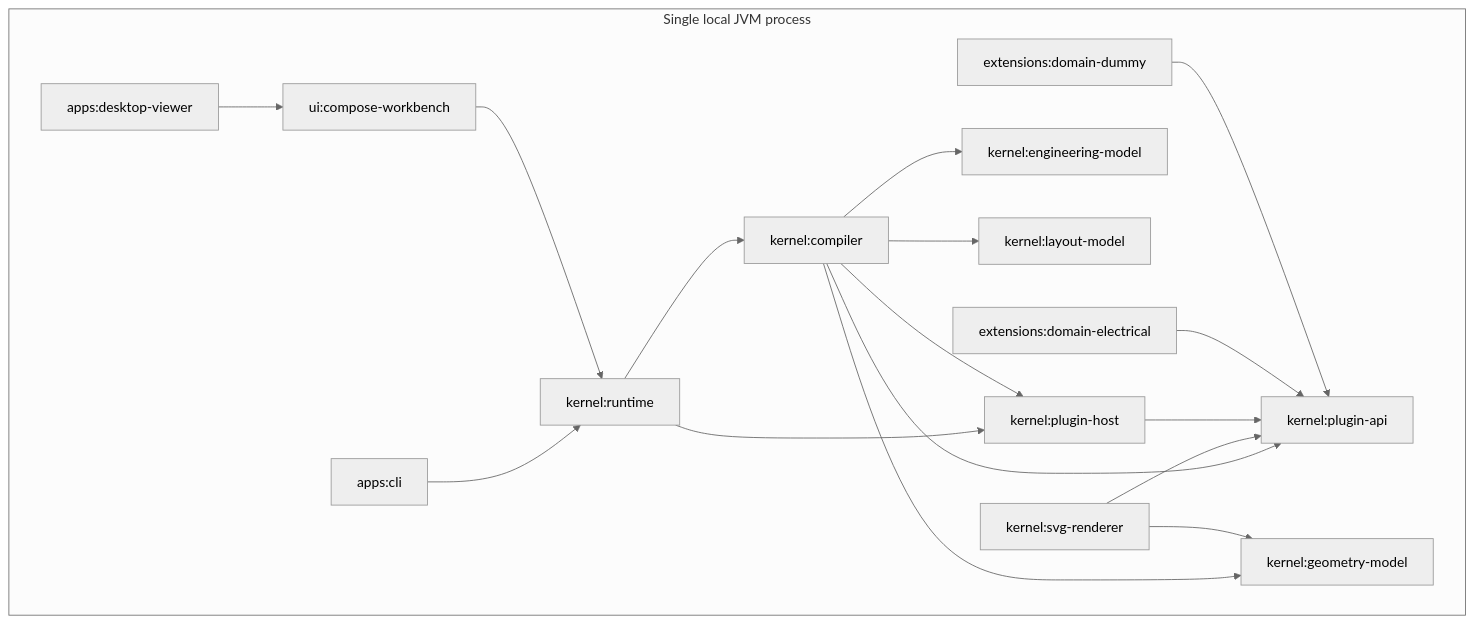
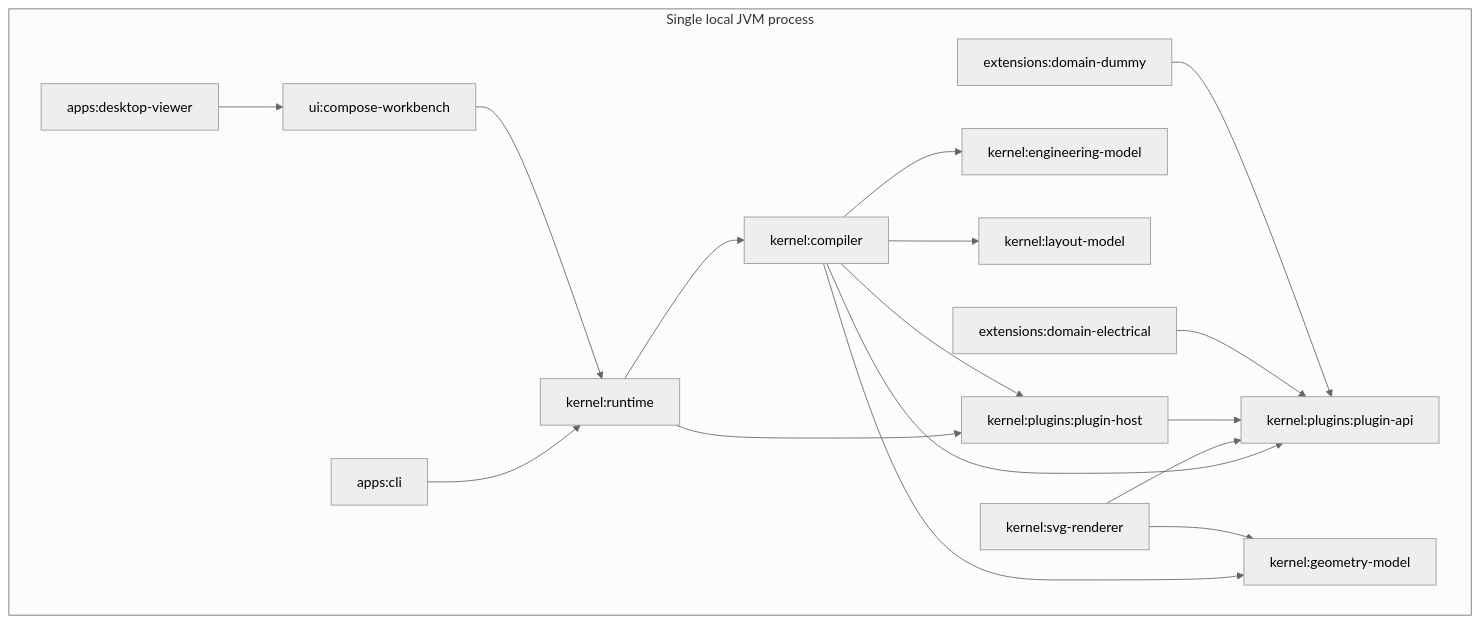
Before and after one commit to EngineeringOS/Athena: the second of 2 diagrams in _bmad-output/planning-artifacts/architecture/architecture-Athena-2026-07-07/ARCHITECTURE-SPINE.md, drawn with Mermaid (neutral theme). The commit also changed other lines of this file and 127 other files, not shown here.

````diff
--- a/_bmad-output/planning-artifacts/architecture/architecture-Athena-2026-07-07/ARCHITECTURE-SPINE.md
+++ b/_bmad-output/planning-artifacts/architecture/architecture-Athena-2026-07-07/ARCHITECTURE-SPINE.md
@@ -181,34 +181,34 @@
 ```mermaid
 flowchart TB
   subgraph local["Single local JVM process"]
     cli[apps:cli]
     desktop[apps:desktop-viewer]
     ui[ui:compose-workbench]
     runtime[kernel:runtime]
     compiler[kernel:compiler]
-    pluginApi[kernel:plugin-api]
-    pluginHost[kernel:plugin-host]
+    pluginApi[kernel:plugins:plugin-api]
+    pluginHost[kernel:plugins:plugin-host]
     engineering[kernel:engineering-model]
     layout[kernel:layout-model]
     geometry[kernel:geometry-model]
     renderer[kernel:svg-renderer]
     electrical[extensions:domain-electrical]
     dummy[extensions:domain-dummy]
   end
 
   cli --> runtime
   desktop --> ui
   ui --> runtime
   runtime --> compiler
   runtime --> pluginHost
   compiler --> pluginApi
   compiler --> pluginHost
   compiler --> engineering
   compiler --> layout
   compiler --> geometry
   renderer --> pluginApi
   renderer --> geometry
   pluginHost --> pluginApi
   electrical --> pluginApi
   dummy --> pluginApi
 ```
````
